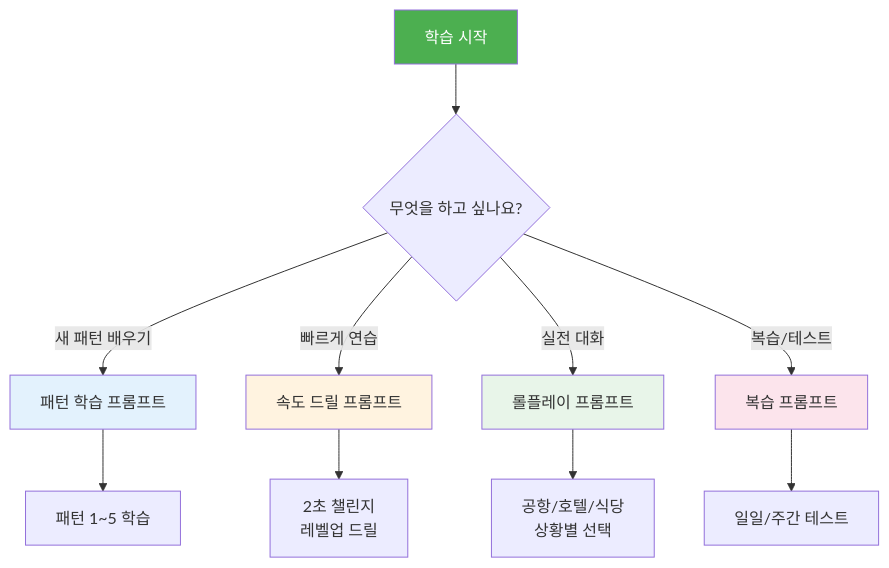
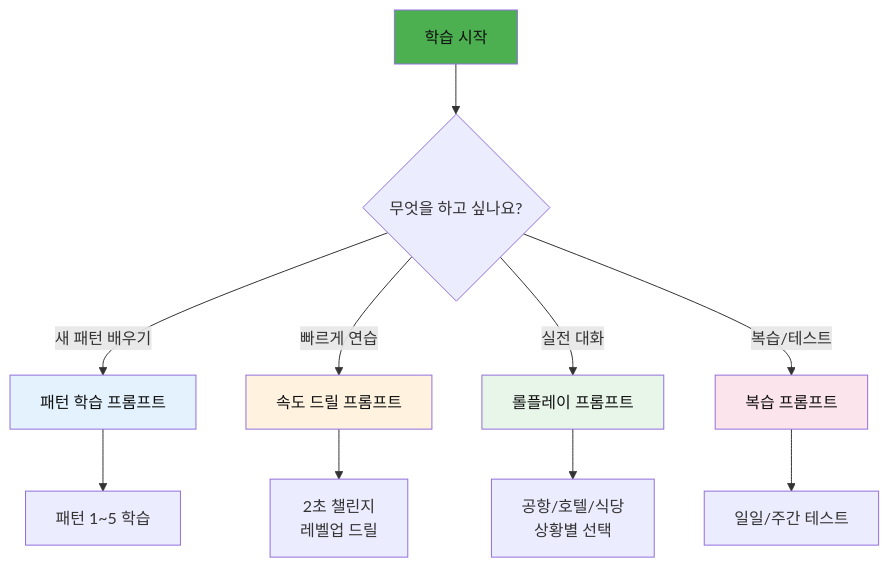
Before and after one commit to Collegenie-X/AI-English: the sixth of 6 diagrams in 영어_일상_회화/화상-영어-전체-구성도.md, drawn with Mermaid. The commit also changed other lines of this file and 26 other files, not shown here.

````diff
--- a/영어_일상_회화/화상-영어-전체-구성도.md
+++ b/영어_일상_회화/화상-영어-전체-구성도.md
@@ -1488,20 +1488,20 @@
 ```mermaid
 flowchart TB
     START[학습 시작] --> Q1{무엇을 하고 싶나요?}
     
     Q1 -->|새 패턴 배우기| A[패턴 학습 프롬프트]
     Q1 -->|빠르게 연습| B[속도 드릴 프롬프트]
     Q1 -->|실전 대화| C[롤플레이 프롬프트]
     Q1 -->|복습/테스트| D[복습 프롬프트]
     
     A --> A1[패턴 1~5 학습]
     B --> B1[2초 챌린지<br/>레벨업 드릴]
     C --> C1[공항/호텔/식당<br/>상황별 선택]
     D --> D1[일일/주간 테스트]
     
-    style START fill:#4caf50,color:#fff
-    style A fill:#e3f2fd
-    style B fill:#fff3e0
-    style C fill:#e8f5e9
-    style D fill:#fce4ec
+    style START fill:#4caf50,color:#fff,color:#111
+    style A fill:#e3f2fd,color:#111
+    style B fill:#fff3e0,color:#111
+    style C fill:#e8f5e9,color:#111
+    style D fill:#fce4ec,color:#111
 ```
````
